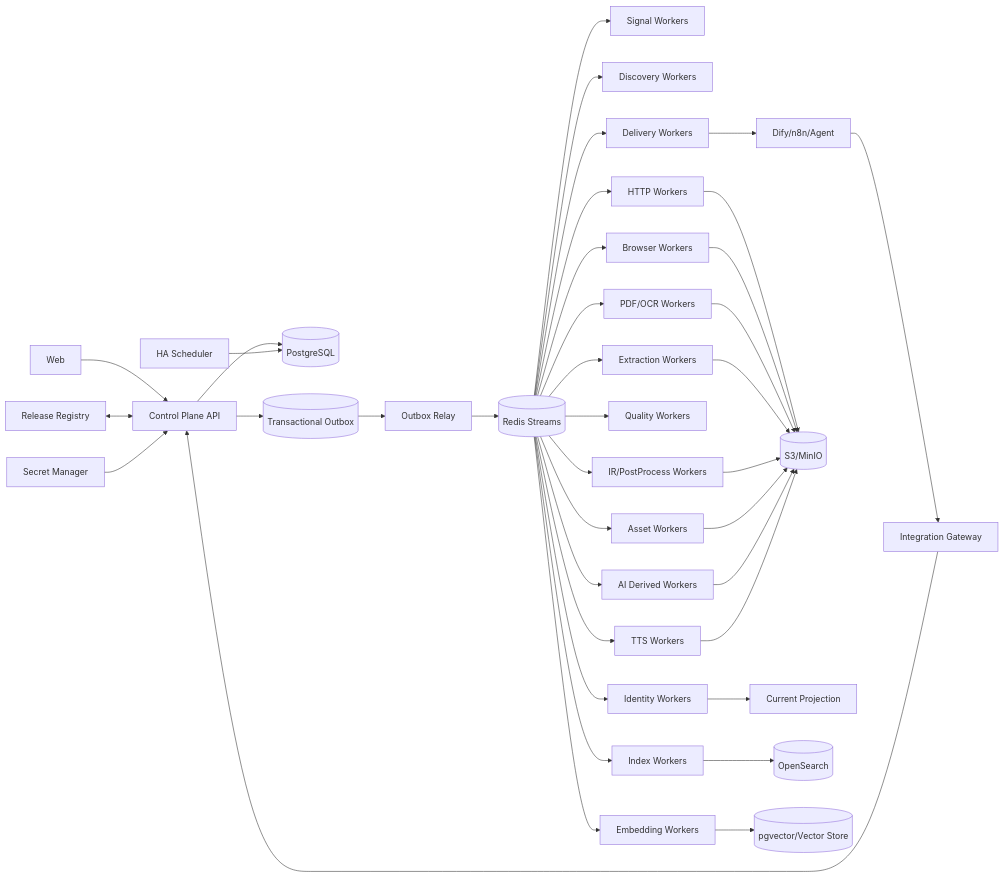
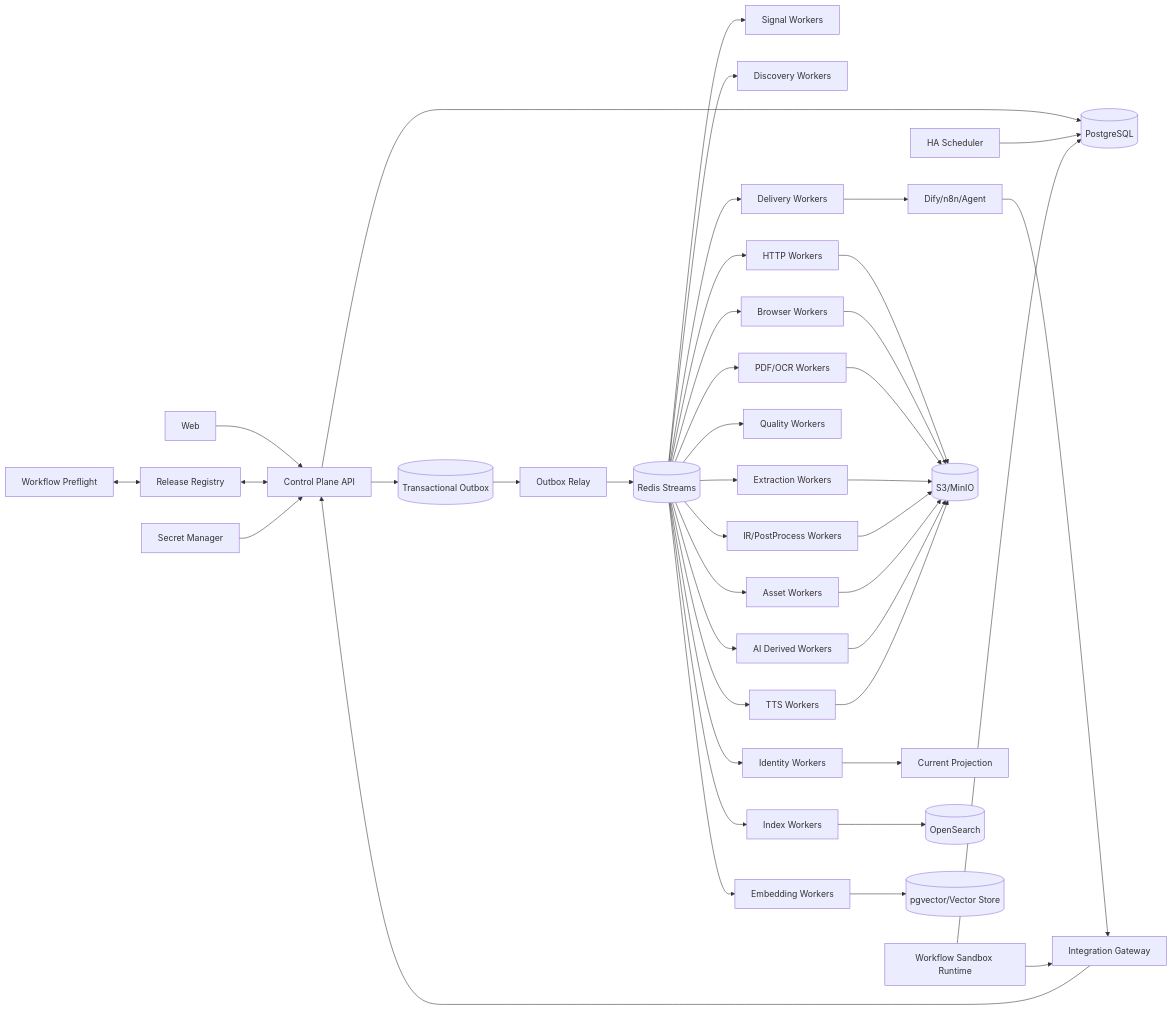
One commit to WorkerXu/my-doc changed the diagram in 博客知识库技术方案.md. Above: the diagram before and after it, drawn with Mermaid. The commit also changed other lines of this file and 2 other files, not shown here.

````diff
--- a/博客知识库技术方案.md
+++ b/博客知识库技术方案.md
@@ -90,44 +98,47 @@
 ```mermaid
 flowchart LR
     UI[Web] --> API[Control Plane API]
     EXT[Dify/n8n/Agent] --> GW[Integration Gateway]
     GW --> API
     API --> PG[(PostgreSQL)]
     API --> OUT[(Transactional Outbox)]
     SCH[HA Scheduler] --> PG
     REG[Release Registry] <--> API
     SEC[Secret Manager] --> API
+    PRE[Workflow Preflight] <--> REG
+    WR[Workflow Sandbox Runtime] --> GW
+    WR --> PG
 
     OUT --> RELAY[Outbox Relay]
     RELAY --> Q[(Redis Streams)]
 
     Q --> SG[Signal Workers]
     Q --> DW[Discovery Workers]
     Q --> HF[HTTP Workers]
     Q --> BW[Browser Workers]
     Q --> PDF[PDF/OCR Workers]
     Q --> EX[Extraction Workers]
     Q --> PP[IR/PostProcess Workers]
     Q --> QV[Quality Workers]
     Q --> ID[Identity Workers]
     Q --> AW[Asset Workers]
     Q --> IX[Index Workers]
     Q --> EW[Embedding Workers]
     Q --> AI[AI Derived Workers]
     Q --> TT[TTS Workers]
     Q --> DL[Delivery Workers]
 
     HF --> OBJ[(S3/MinIO)]
     BW --> OBJ
     PDF --> OBJ
     EX --> OBJ
     PP --> OBJ
     AW --> OBJ
     AI --> OBJ
     TT --> OBJ
 
     ID --> CUR[Current Projection]
     IX --> SEARCH[(OpenSearch)]
     EW --> VEC[(pgvector/Vector Store)]
     DL --> EXT
 ```
````
